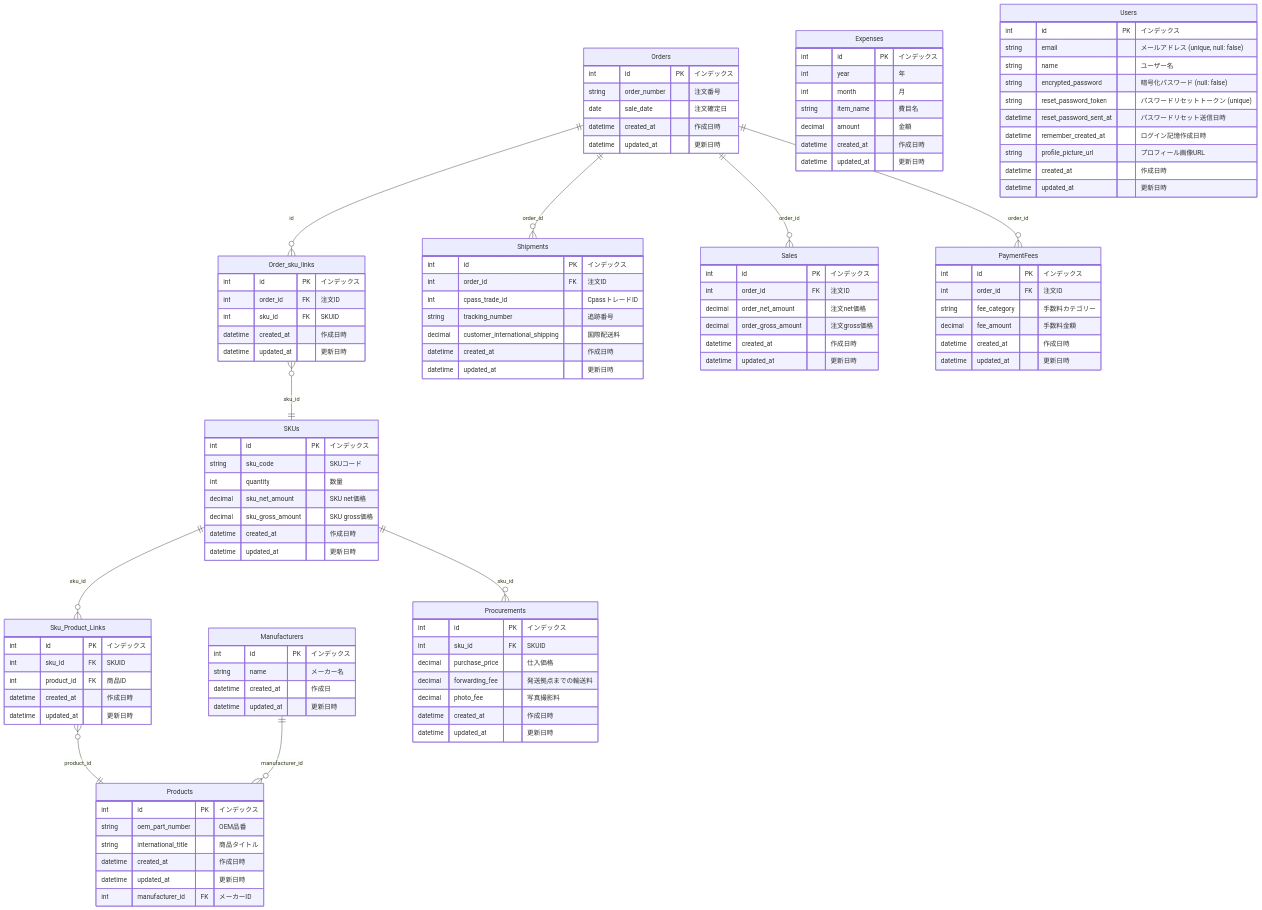
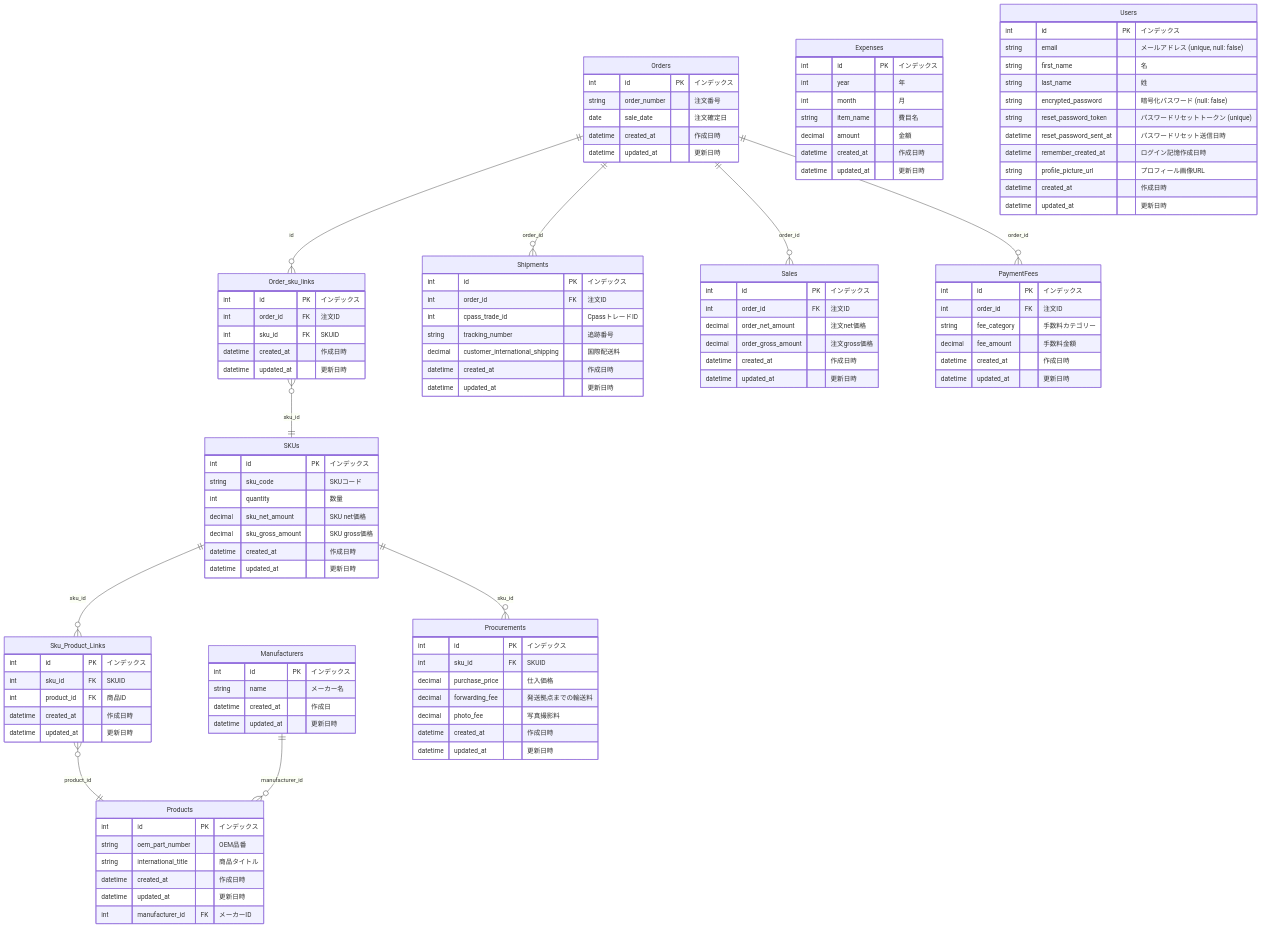
Before and after one commit to masaengineer/parts-sync-tool: the diagram in mermaid.mmd, drawn with Mermaid. The commit also changed 71 other files, not shown here.

```diff
--- a/mermaid.mmd
+++ b/mermaid.mmd
@@ -1,120 +1,121 @@
 erDiagram
     Orders {
         int id PK "インデックス"
         string order_number "注文番号"
         date sale_date "注文確定日"
         datetime created_at "作成日時"
         datetime updated_at "更新日時"
     }
 
     Order_sku_links {
         int id PK "インデックス"
         int order_id FK "注文ID"
         int sku_id FK "SKUID"
         datetime created_at "作成日時"
         datetime updated_at "更新日時"
     }
 
     SKUs {
         int id PK "インデックス"
         string sku_code "SKUコード"
         int quantity "数量"
         decimal sku_net_amount "SKU net価格"
         decimal sku_gross_amount "SKU gross価格"
         datetime created_at "作成日時"
         datetime updated_at "更新日時"
     }
     Sku_Product_Links {
         int id PK "インデックス"
         int sku_id FK "SKUID"
         int product_id FK "商品ID"
         datetime created_at "作成日時"
         datetime updated_at "更新日時"
     }
 
     Products {
         int id PK "インデックス"
         string oem_part_number "OEM品番"
         string international_title "商品タイトル"
         datetime created_at "作成日時"
         datetime updated_at "更新日時"
         int manufacturer_id FK "メーカーID"
     }
 
     Manufacturers {
         int id PK "インデックス"
         string name "メーカー名"
         datetime created_at "作成日"
         datetime updated_at "更新日時"
     }
 
     Shipments {
         int id PK "インデックス"
         int order_id FK "注文ID"
         int cpass_trade_id "CpassトレードID"
         string tracking_number "追跡番号"
         decimal customer_international_shipping "国際配送料"
         datetime created_at "作成日時"
         datetime updated_at "更新日時"
     }
 
     Procurements {
         int id PK "インデックス"
         int sku_id FK "SKUID"
         decimal purchase_price "仕入価格"
         decimal forwarding_fee "発送拠点までの輸送料"
         decimal photo_fee "写真撮影料"
         datetime created_at "作成日時"
         datetime updated_at "更新日時"
     }
 
     Sales {
         int id PK "インデックス"
         int order_id FK "注文ID"
         decimal order_net_amount "注文net価格"
         decimal order_gross_amount "注文gross価格"
         datetime created_at "作成日時"
         datetime updated_at "更新日時"
     }
 
     PaymentFees {
         int id PK "インデックス"
         int order_id FK "注文ID"
         string fee_category "手数料カテゴリー"
         decimal fee_amount "手数料金額"
         datetime created_at "作成日時"
         datetime updated_at "更新日時"
     }
 
     Expenses {
         int id PK "インデックス"
         int year "年"
         int month "月"
         string item_name "費目名"
         decimal amount "金額"
         datetime created_at "作成日時"
         datetime updated_at "更新日時"
     }
 
     Users {
         int id PK "インデックス"
         string email "メールアドレス (unique, null: false)"
-        string name "ユーザー名"
+        string first_name "名"
+        string last_name "姓"
         string encrypted_password "暗号化パスワード (null: false)"
         string reset_password_token "パスワードリセットトークン (unique)"
         datetime reset_password_sent_at "パスワードリセット送信日時"
         datetime remember_created_at "ログイン記憶作成日時"
         string profile_picture_url "プロフィール画像URL"
         datetime created_at "作成日時"
         datetime updated_at "更新日時"
     }
 
     Orders ||--o{ Order_sku_links : "id"
     Order_sku_links }o--|| SKUs : "sku_id"
     SKUs ||--o{ Sku_Product_Links : "sku_id"
     Sku_Product_Links }o--|| Products : "product_id"
     Orders ||--o{ Shipments : "order_id"
     Orders ||--o{ Sales : "order_id"
     Orders ||--o{ PaymentFees : "order_id"
     Manufacturers ||--o{ Products : "manufacturer_id"
     SKUs ||--o{ Procurements : "sku_id"
```
